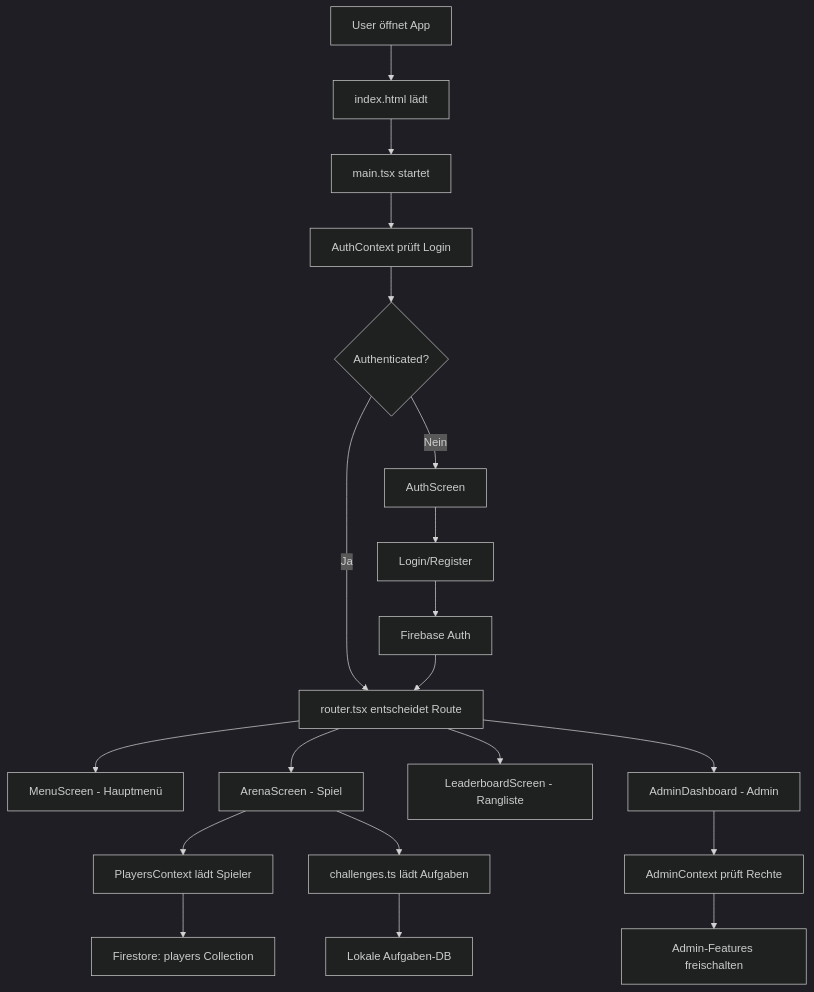
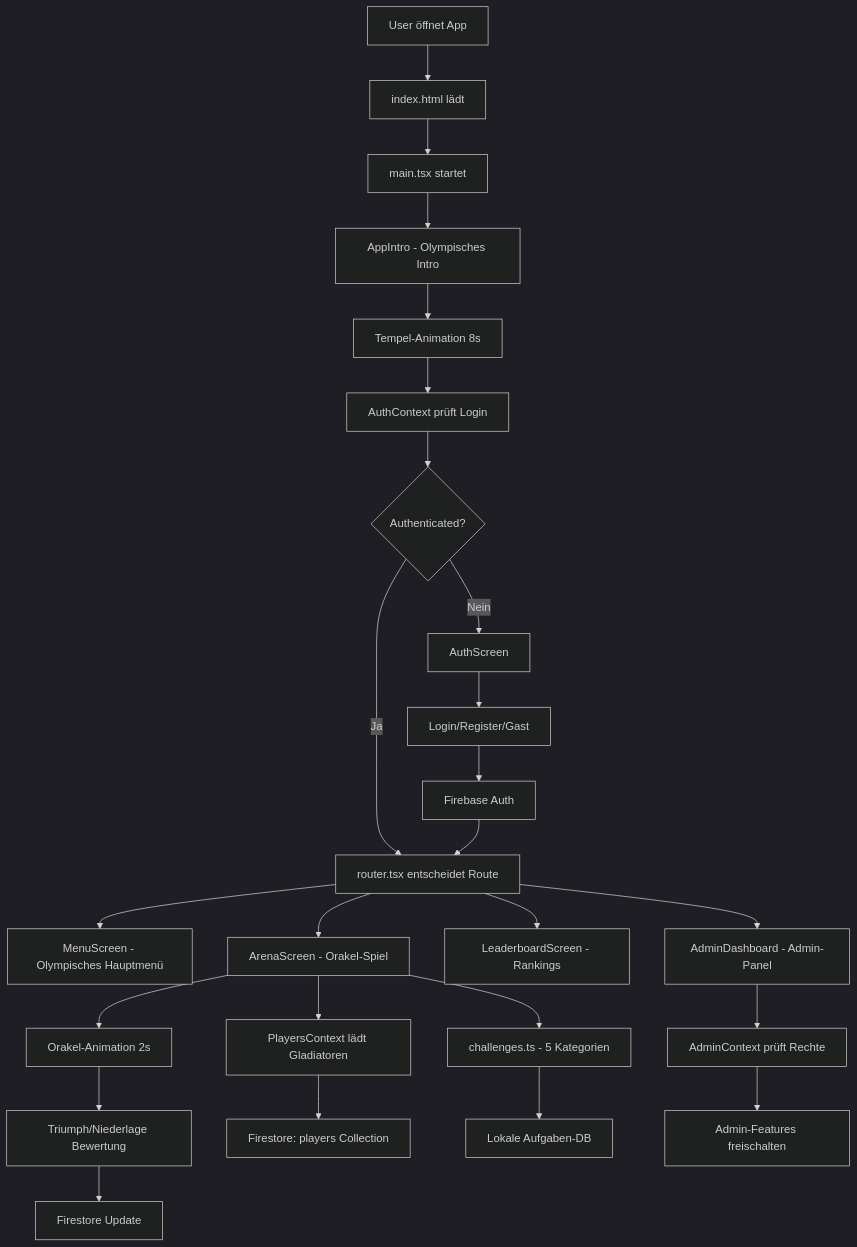
One commit to Schmidtstar/mallex-remote-api changed the diagram in docs/ARCHITECTURE_FLOW.md. Above: the diagram before and after it, drawn with Mermaid (dark theme). The commit also changed other lines of this file and 2 other files, not shown here.

First line of the commit message:
Assistant checkpoint: Aktualisiert alle 3 Dokumentationsdateien mit neuem Intro, erweiterten Features und aktuellem Stand

````diff
--- a/docs/ARCHITECTURE_FLOW.md
+++ b/docs/ARCHITECTURE_FLOW.md
@@ -32,27 +35,33 @@
 ```mermaid
 graph TD
     A[User öffnet App] --> B[index.html lädt]
     B --> C[main.tsx startet]
-    C --> D[AuthContext prüft Login]
-    D --> E{Authenticated?}
+    C --> D[AppIntro - Olympisches Intro]
+    D --> E[Tempel-Animation 8s]
+    E --> F[AuthContext prüft Login]
+    F --> G{Authenticated?}
     
-    E -->|Nein| F[AuthScreen]
-    E -->|Ja| G[router.tsx entscheidet Route]
+    G -->|Nein| H[AuthScreen]
+    G -->|Ja| I[router.tsx entscheidet Route]
     
-    F --> H[Login/Register]
-    H --> I[Firebase Auth]
-    I --> G
+    H --> J[Login/Register/Gast]
+    J --> K[Firebase Auth]
+    K --> I
     
-    G --> J[MenuScreen - Hauptmenü]
-    G --> K[ArenaScreen - Spiel]
-    G --> L[LeaderboardScreen - Rangliste]
-    G --> M[AdminDashboard - Admin]
+    I --> L[MenuScreen - Olympisches Hauptmenü]
+    I --> M[ArenaScreen - Orakel-Spiel]
+    I --> N[LeaderboardScreen - Rankings]
+    I --> O[AdminDashboard - Admin-Panel]
     
-    K --> N[PlayersContext lädt Spieler]
-    K --> O[challenges.ts lädt Aufgaben]
-    N --> P[Firestore: players Collection]
-    O --> Q[Lokale Aufgaben-DB]
+    M --> P[PlayersContext lädt Gladiatoren]
+    M --> Q[challenges.ts - 5 Kategorien]
+    M --> R[Orakel-Animation 2s]
+    R --> S[Triumph/Niederlage Bewertung]
+    S --> T[Firestore Update]
     
-    M --> R[AdminContext prüft Rechte]
-    R --> S[Admin-Features freischalten]
+    P --> U[Firestore: players Collection]
+    Q --> V[Lokale Aufgaben-DB]
+    
+    O --> W[AdminContext prüft Rechte]
+    W --> X[Admin-Features freischalten]
 ```
````
